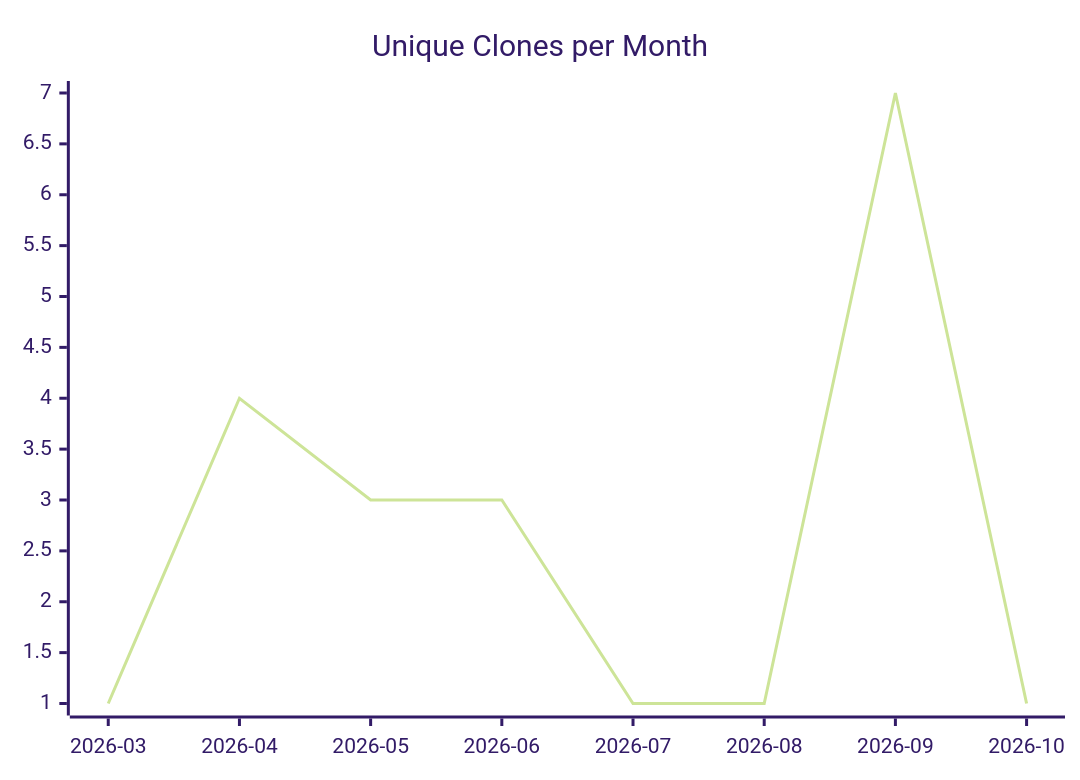
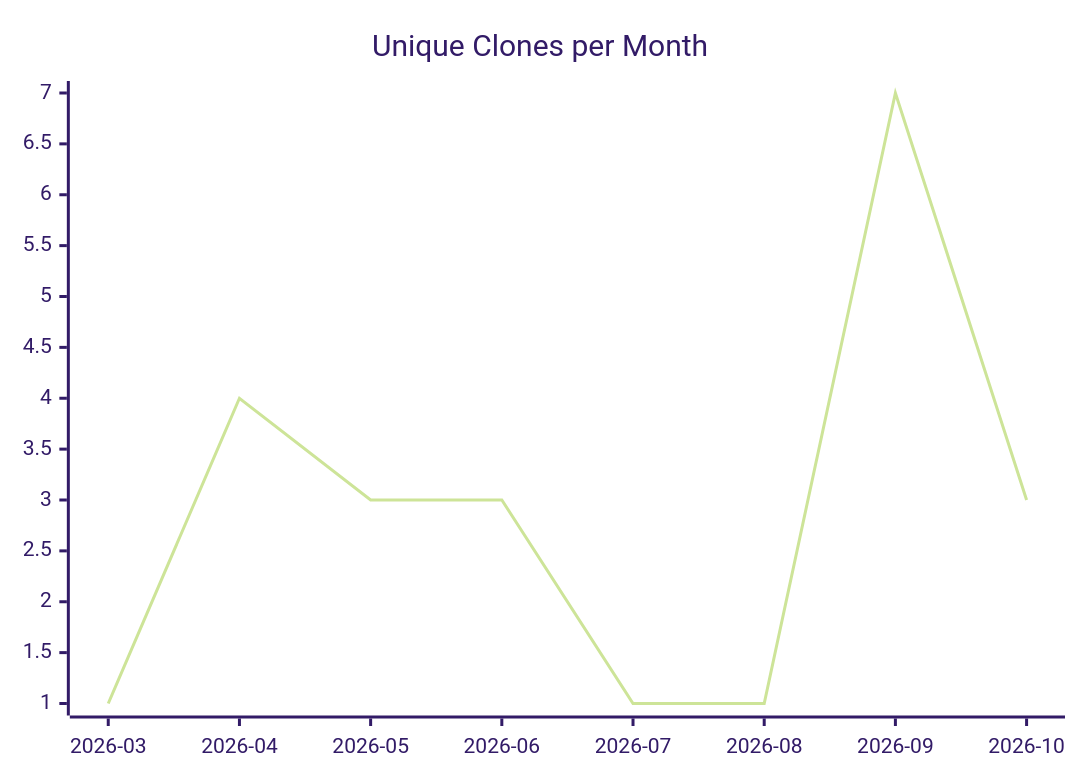
Before and after one commit to justdavis-family/github-analytics-data: the third of 3 diagrams in karlmdavis/FHIR-Server/README.md, drawn with Mermaid (forest theme). The commit also changed other lines of this file and 198 other files, not shown here.

````diff
--- a/karlmdavis/FHIR-Server/README.md
+++ b/karlmdavis/FHIR-Server/README.md
@@ -19,6 +19,6 @@
 ```mermaid
 xychart-beta
   title "Unique Clones per Month"
   x-axis ["2026-03", "2026-04", "2026-05", "2026-06", "2026-07", "2026-08", "2026-09", "2026-10"]
-  line [1, 4, 3, 3, 1, 1, 7, 1]
+  line [1, 4, 3, 3, 1, 1, 7, 3]
 ```
````
